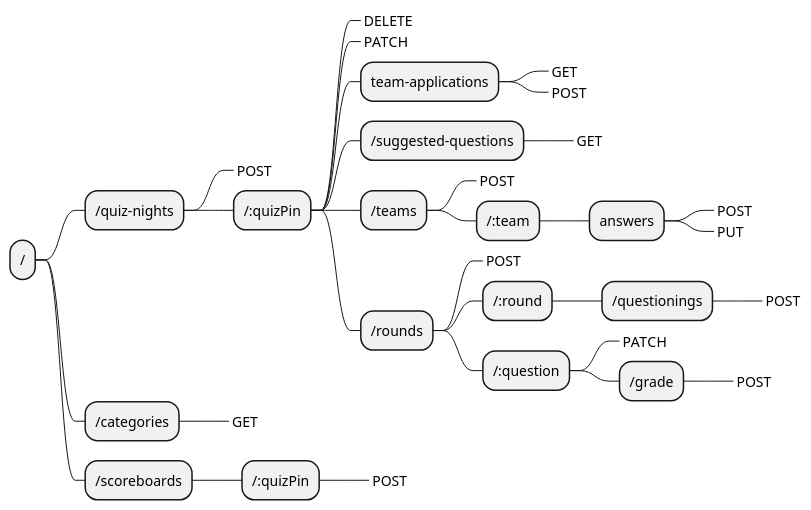
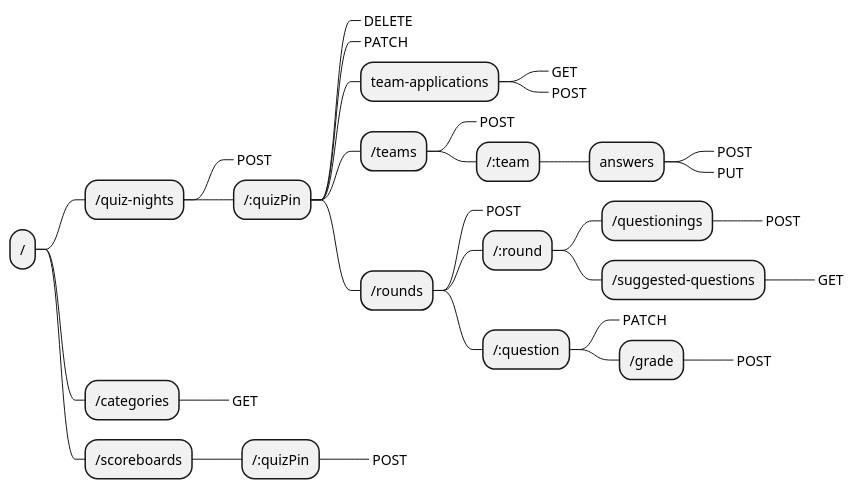
One commit to TomVermeer/dwaquiz changed the first of 2 diagrams in docs/apiDocs.md. Above: the diagram before and after it, drawn with PlantUML. The commit also changed other lines of this file and 13 other files, not shown here.

````diff
--- a/docs/apiDocs.md
+++ b/docs/apiDocs.md
@@ -22,35 +22,35 @@
 ```puml
 @startmindmap
 * /
  * /quiz-nights
   *_ POST
   * /:quizPin
    *_ DELETE
    *_ PATCH
    * team-applications
     *_ GET
     *_ POST
-   * /suggested-questions
-    *_ GET
    * /teams
     *_ POST
     * /:team
      * answers
       *_ POST
       *_ PUT
    * /rounds
     *_ POST
     * /:round
      * /questionings
       *_ POST
+     * /suggested-questions
+      *_ GET
     * /:question
      *_ PATCH
      * /grade
       *_ POST
  * /categories
   *_ GET
  * /scoreboards
   * /:quizPin
    *_ POST
 @endmindmap
 ```
````
